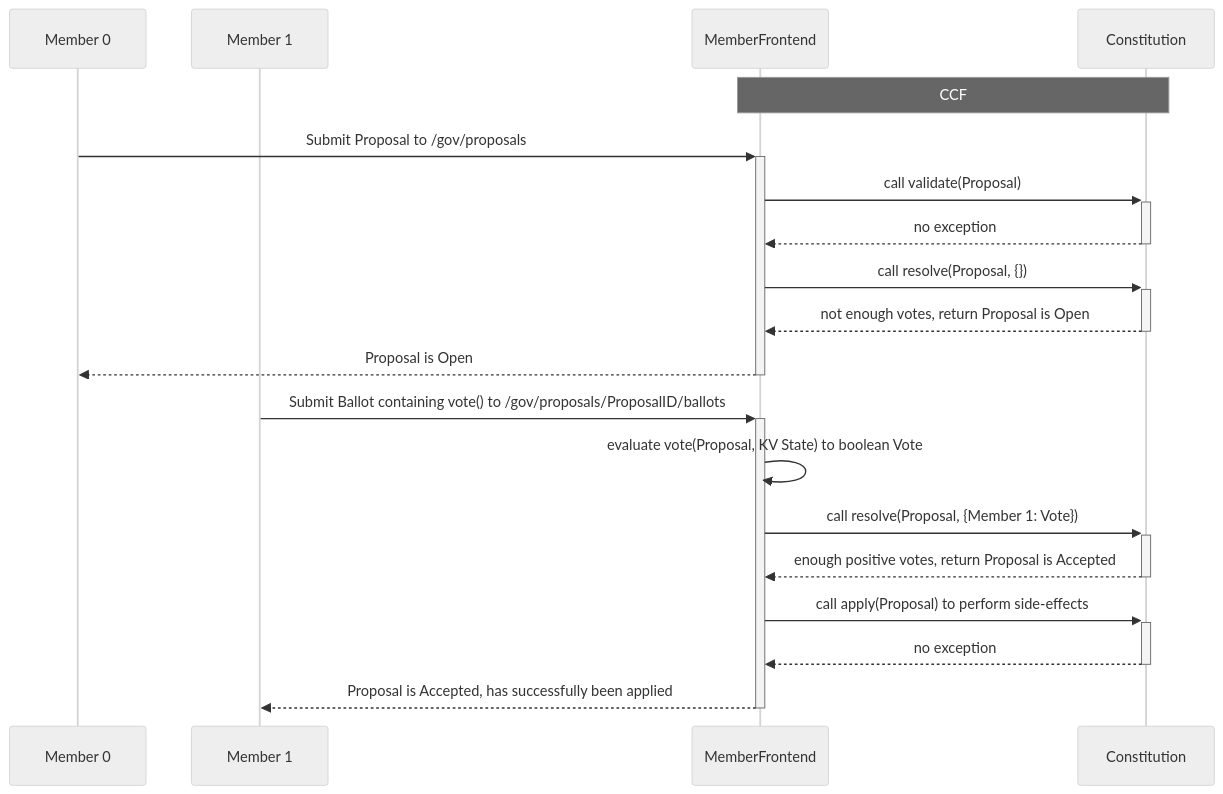
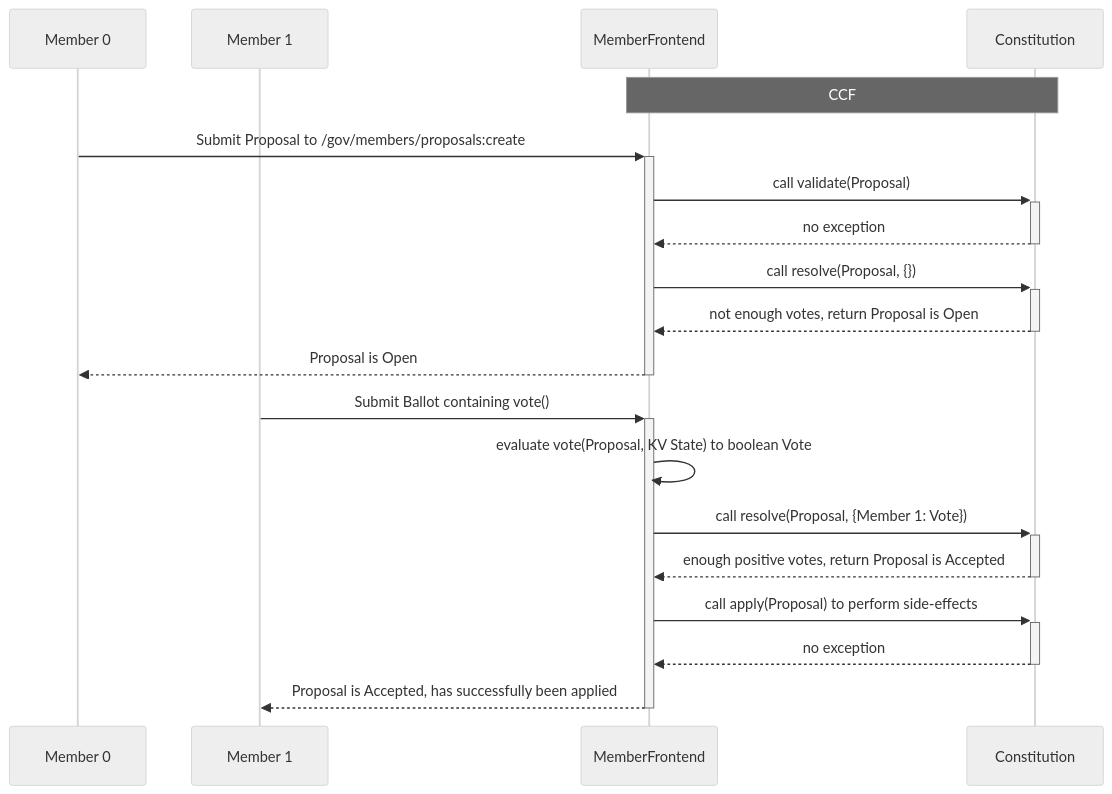
The diagram in doc/governance/proposals.rst (microsoft/CCF), drawn with Mermaid (neutral theme) before and after one commit. The commit also changed other lines of this file and 6 other files, not shown here.

```diff
--- a/doc/governance/proposals.rst
+++ b/doc/governance/proposals.rst
@@ -21,23 +21,23 @@
 .. mermaid::
 
     sequenceDiagram
         participant Member 0
         participant Member 1
         participant MemberFrontend
         participant Constitution
 
         Note over MemberFrontend, Constitution: CCF
-        Member 0->>+MemberFrontend: Submit Proposal to /gov/proposals
+        Member 0->>+MemberFrontend: Submit Proposal to /gov/members/proposals:create
         MemberFrontend->>+Constitution: call validate(Proposal)
         Constitution-->>-MemberFrontend: no exception
         MemberFrontend->>+Constitution: call resolve(Proposal, {})
         Constitution-->>-MemberFrontend: not enough votes, return Proposal is Open
         MemberFrontend-->>-Member 0: Proposal is Open
 
-        Member 1->>+MemberFrontend: Submit Ballot containing vote() to /gov/proposals/ProposalID/ballots
+        Member 1->>+MemberFrontend: Submit Ballot containing vote()
         MemberFrontend->>MemberFrontend: evaluate vote(Proposal, KV State) to boolean Vote
         MemberFrontend->>+Constitution: call resolve(Proposal, {Member 1: Vote})
         Constitution-->>-MemberFrontend: enough positive votes, return Proposal is Accepted
         MemberFrontend->>+Constitution: call apply(Proposal) to perform side-effects
         Constitution-->>-MemberFrontend: no exception
         MemberFrontend-->>-Member 1: Proposal is Accepted, has successfully been applied
```
